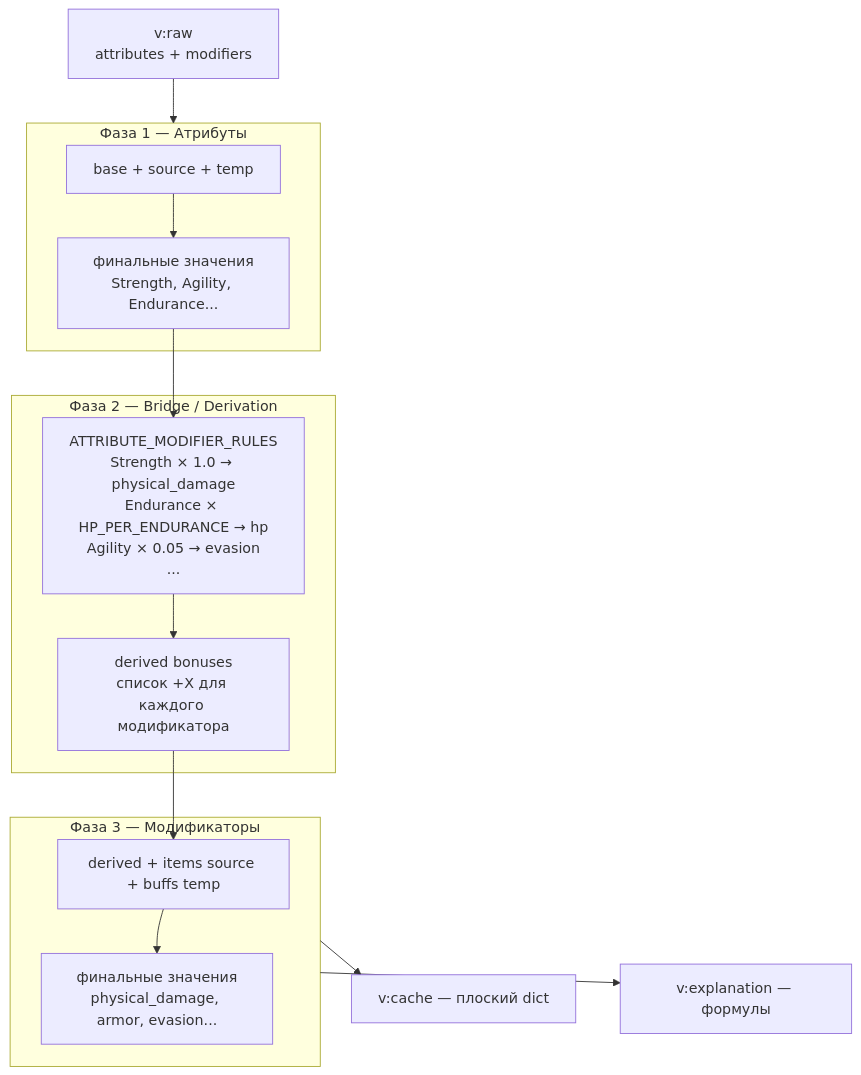
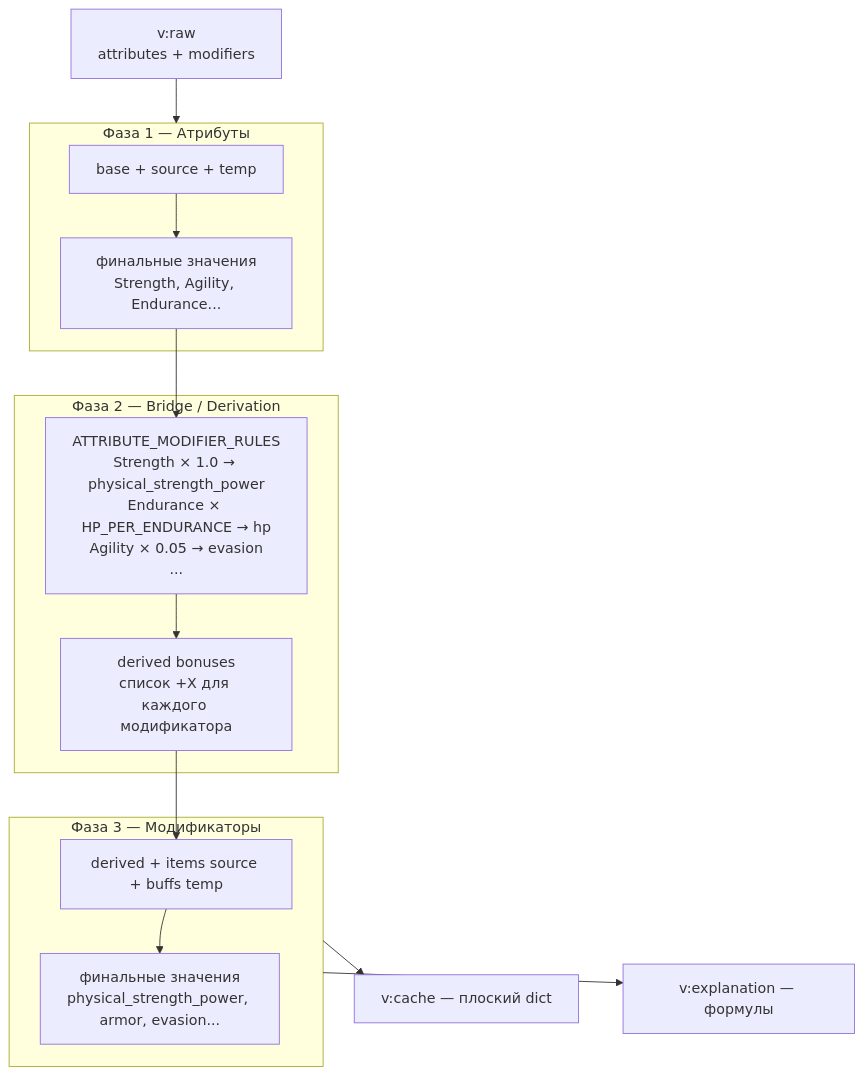
One commit to CodexDLC/thesealedworld changed the diagram in docs/ru/backend/core/calculators.md. Above: the diagram before and after it, drawn with Mermaid. The commit also changed other lines of this file and 42 other files, not shown here.

````diff
--- a/docs/ru/backend/core/calculators.md
+++ b/docs/ru/backend/core/calculators.md
@@ -13,21 +13,21 @@
 ```mermaid
 flowchart TD
     RAW[v:raw\nattributes + modifiers] --> P1
 
     subgraph P1[Фаза 1 — Атрибуты]
         A1[base + source + temp] --> A2[финальные значения\nStrength, Agility, Endurance...]
     end
 
     subgraph P2[Фаза 2 — Bridge / Derivation]
-        A2 --> B1[ATTRIBUTE_MODIFIER_RULES\nStrength × 1.0 → physical_damage\nEndurance × HP_PER_ENDURANCE → hp\nAgility × 0.05 → evasion\n...]
+        A2 --> B1[ATTRIBUTE_MODIFIER_RULES\nStrength × 1.0 → physical_strength_power\nEndurance × HP_PER_ENDURANCE → hp\nAgility × 0.05 → evasion\n...]
         B1 --> B2[derived bonuses\nсписок +X для каждого модификатора]
     end
 
     subgraph P3[Фаза 3 — Модификаторы]
         B2 --> M1[derived + items source + buffs temp]
-        M1 --> M2[финальные значения\nphysical_damage, armor, evasion...]
+        M1 --> M2[финальные значения\nphysical_strength_power, armor, evasion...]
     end
 
     P3 --> CACHE[v:cache — плоский dict]
     P3 --> EXPL[v:explanation — формулы]
 ```
````
